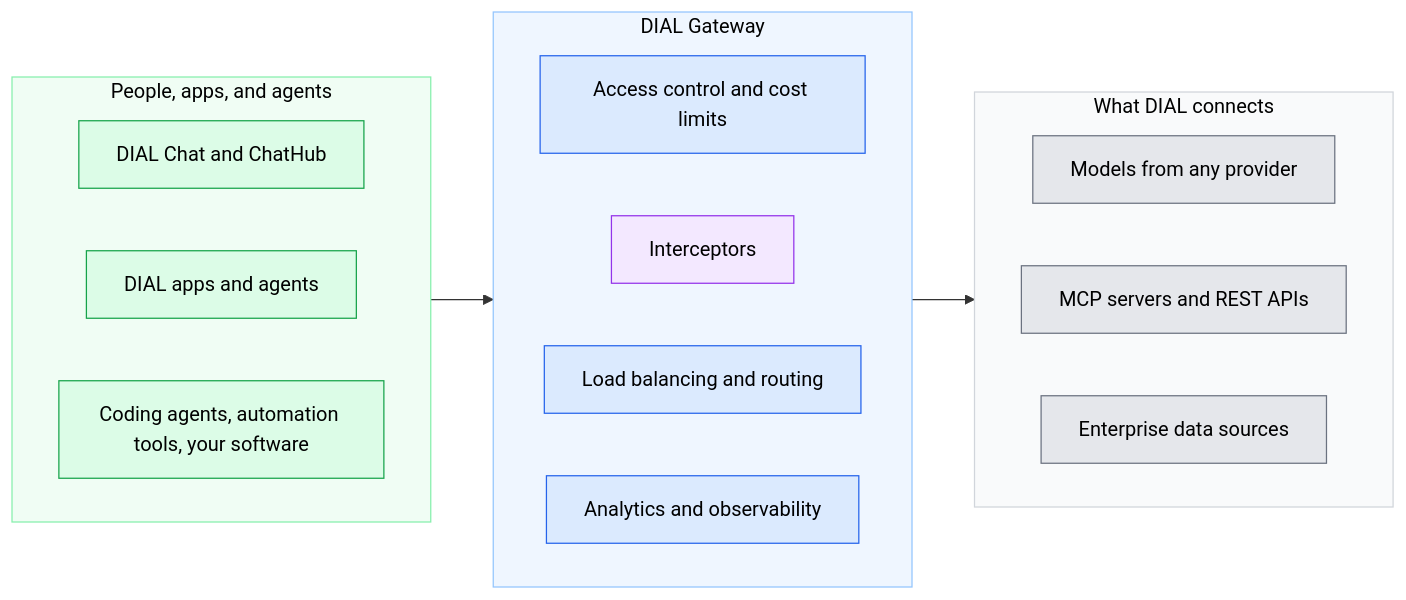
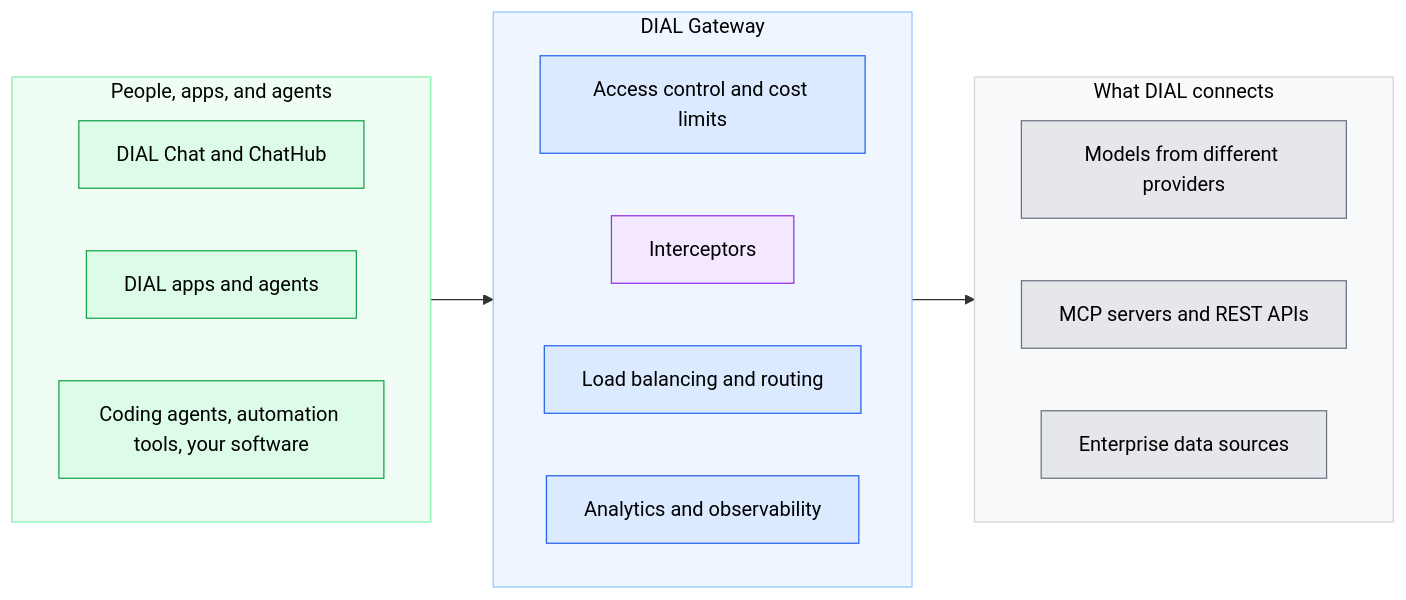
The diagram in docs_v2/2.understand-dial/1.what-is-dial.md (epam/ai-dial), drawn with Mermaid before and after one commit. The commit also changed other lines of this file and 1151 other files, not shown here.

````diff
--- a/docs_v2/2.understand-dial/1.what-is-dial.md
+++ b/docs_v2/2.understand-dial/1.what-is-dial.md
@@ -35,35 +27,35 @@
 ```mermaid
 flowchart LR
   subgraph Clients["People, apps, and agents"]
     direction LR
     Hub[DIAL Chat and ChatHub]
     Apps[DIAL apps and agents]
     Ext[Coding agents, automation tools, your software]
   end
   subgraph Gateway["DIAL Gateway"]
     direction LR
     Access[Access control and cost limits]
     Guard[Interceptors]
     Route[Load balancing and routing]
     Insight[Analytics and observability]
   end
   subgraph Sources["What DIAL connects"]
     direction LR
-    Models[Models from any provider]
+    Models[Models from different providers]
     Tools[MCP servers and REST APIs]
     Data[Enterprise data sources]
   end
   Clients --> Gateway --> Sources
 
   classDef uiStyle fill:#dcfce7,stroke:#16a34a,color:#000000;
   class Hub,Apps,Ext uiStyle;
   classDef coreStyle fill:#dbeafe,stroke:#2563eb,color:#000000;
   class Access,Route,Insight coreStyle;
   classDef processingStyle fill:#f3e8ff,stroke:#9333ea,color:#000000;
   class Guard processingStyle;
   classDef extStyle fill:#e5e7eb,stroke:#6b7280,color:#000000;
   class Models,Tools,Data extStyle;
   style Clients fill:#f0fdf4,stroke:#86efac,color:#000000;
   style Gateway fill:#eff6ff,stroke:#93c5fd,color:#000000;
   style Sources fill:#f9fafb,stroke:#d1d5db,color:#000000;
 ```
````
